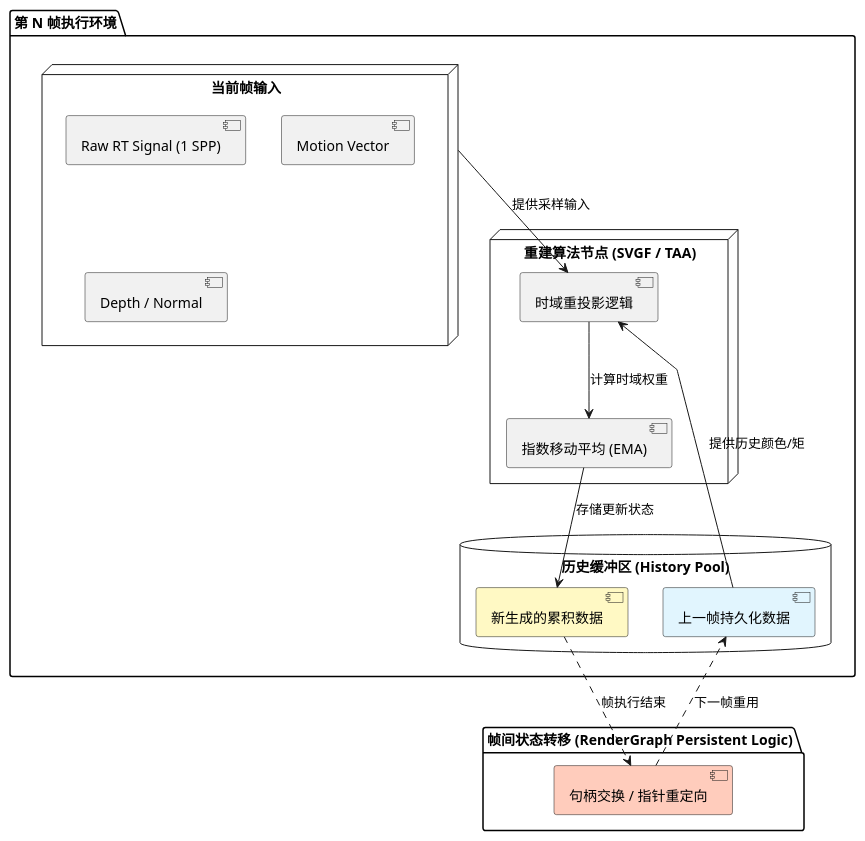
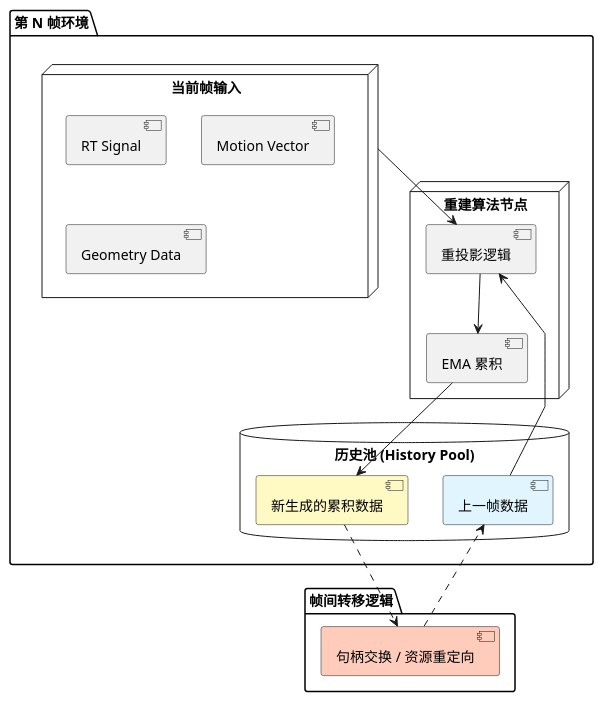
Before and after one commit to CadenXc/HybridRenderer: the tenth of 17 diagrams in RenderGraph_Architecture_Diagrams.md, drawn with PlantUML. The commit also changed other lines of this file and 3 other files, not shown here.

````diff
--- a/RenderGraph_Architecture_Diagrams.md
+++ b/RenderGraph_Architecture_Diagrams.md
@@ -492,40 +418,40 @@
 ```plantuml
 @startuml
 skinparam backgroundColor white
 skinparam shadowing false
 skinparam linetype polyline
 
-package "第 N 帧执行环境" {
+package "第 N 帧环境" {
     node "当前帧输入" as CurrentFrame {
-        [Raw RT Signal (1 SPP)]
+        [RT Signal]
         [Motion Vector]
-        [Depth / Normal]
+        [Geometry Data]
     }
 
-    node "重建算法节点 (SVGF / TAA)" as Pass {
-        component "时域重投影逻辑" as Reprojection
-        component "指数移动平均 (EMA)" as Accumulation
+    node "重建算法节点" as Pass {
+        component "重投影逻辑" as Reprojection
+        component "EMA 累积" as Accumulation
     }
 
-    database "历史缓冲区 (History Pool)" {
-        [上一帧持久化数据] as History_Read #E1F5FE
+    database "历史池 (History Pool)" {
+        [上一帧数据] as History_Read #E1F5FE
         [新生成的累积数据] as History_Write #FFF9C4
     }
 }
 
-package "帧间状态转移 (RenderGraph Persistent Logic)" {
-    [句柄交换 / 指针重定向] as Swap #FFCCBC
+package "帧间转移逻辑" {
+    [句柄交换 / 资源重定向] as Swap #FFCCBC
 }
 
 ' Data Flow
-CurrentFrame --> Reprojection : "提供采样输入"
-History_Read --> Reprojection : "提供历史颜色/矩"
-Reprojection --> Accumulation : "计算时域权重"
-Accumulation --> History_Write : "存储更新状态"
+CurrentFrame --> Reprojection
+History_Read --> Reprojection
+Reprojection --> Accumulation
+Accumulation --> History_Write
 
 ' Lifecycle
-History_Write ..> Swap : "帧执行结束"
-Swap ..> History_Read : "下一帧重用"
+History_Write ..> Swap
+Swap ..> History_Read
 
 @enduml
 ```
````
